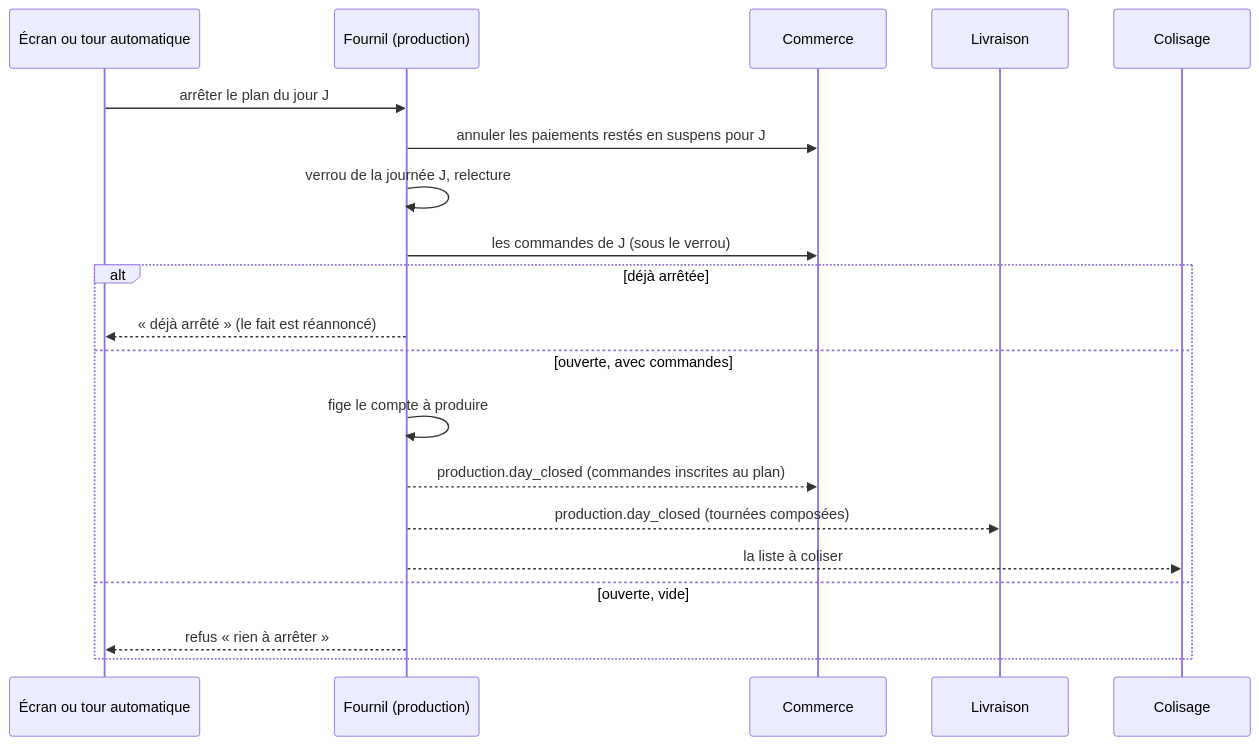
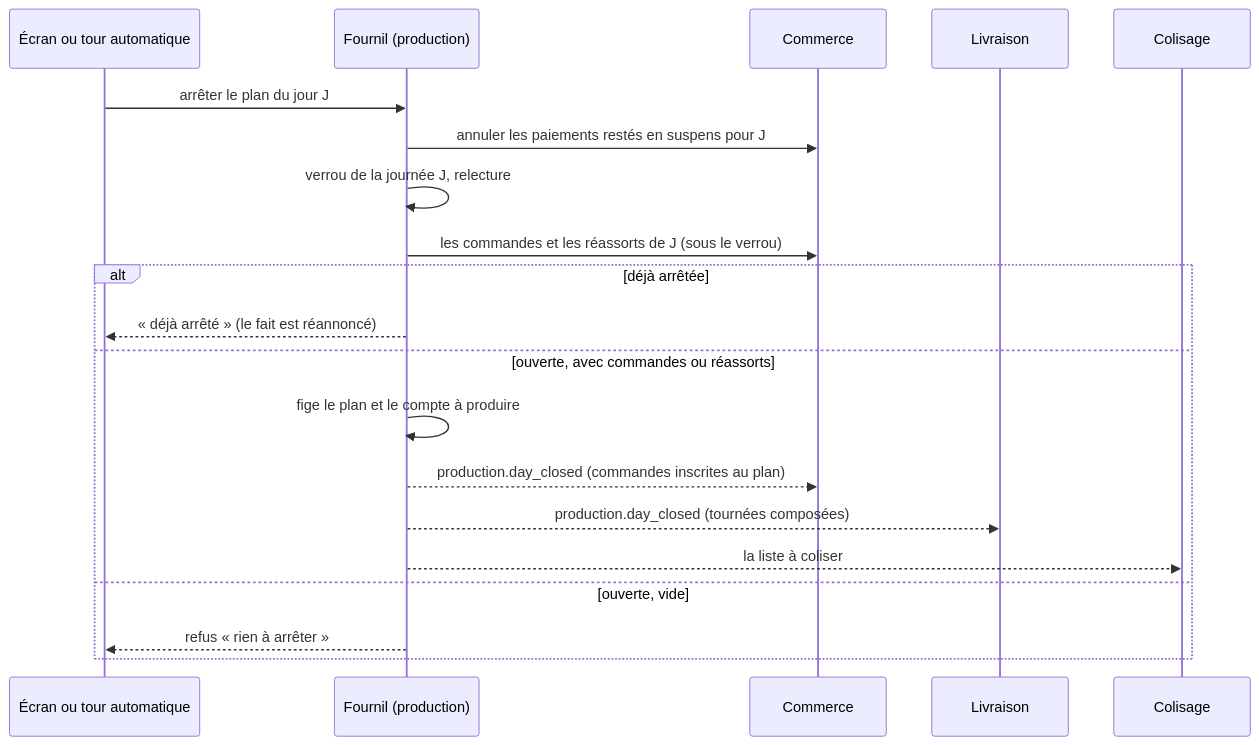
Before and after one commit to hugoheynard/lfd: the first of 2 diagrams in documentation/fournil/arret-du-plan.md, drawn with Mermaid. The commit also changed other lines of this file and 173 other files, not shown here.

````diff
--- a/documentation/fournil/arret-du-plan.md
+++ b/documentation/fournil/arret-du-plan.md
@@ -63,22 +26,22 @@
 ```mermaid
 sequenceDiagram
     participant É as Écran ou tour automatique
     participant F as Fournil (production)
     participant C as Commerce
     participant L as Livraison
     participant K as Colisage
     É->>F: arrêter le plan du jour J
     F->>C: annuler les paiements restés en suspens pour J
     F->>F: verrou de la journée J, relecture
-    F->>C: les commandes de J (sous le verrou)
+    F->>C: les commandes et les réassorts de J (sous le verrou)
     alt déjà arrêtée
         F-->>É: « déjà arrêté » (le fait est réannoncé)
-    else ouverte, avec commandes
-        F->>F: fige le compte à produire
+    else ouverte, avec commandes ou réassorts
+        F->>F: fige le plan et le compte à produire
         F-->>C: production.day_closed (commandes inscrites au plan)
         F-->>L: production.day_closed (tournées composées)
         F-->>K: la liste à coliser
     else ouverte, vide
         F-->>É: refus « rien à arrêter »
     end
 ```
````
